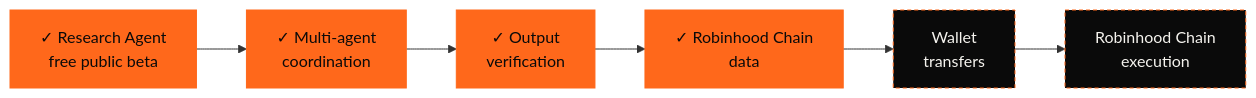
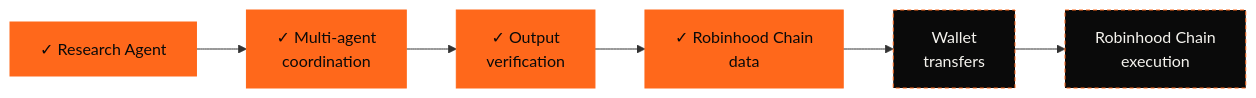
Before and after one commit to SyncronixLabs/SyncronixLabs: the third of 3 diagrams in README.md, drawn with Mermaid. The commit also changed other lines of this file, not shown here.

First line of the commit message:
Remove public beta labels and references

````diff
--- a/README.md
+++ b/README.md
@@ -203,6 +203,6 @@
 ```mermaid
 flowchart LR
-    A["✓ Research Agent<br/>free public beta"]:::live --> B["✓ Multi-agent<br/>coordination"]:::live --> C["✓ Output<br/>verification"]:::live --> F["✓ Robinhood Chain<br/>data"]:::live --> W["Wallet<br/>transfers"]:::next --> D["Robinhood Chain<br/>execution"]:::next
+    A["✓ Research Agent"]:::live --> B["✓ Multi-agent<br/>coordination"]:::live --> C["✓ Output<br/>verification"]:::live --> F["✓ Robinhood Chain<br/>data"]:::live --> W["Wallet<br/>transfers"]:::next --> D["Robinhood Chain<br/>execution"]:::next
     classDef live fill:#FF681B,stroke:#FF681B,color:#0A0A0A
     classDef next fill:#0A0A0A,stroke:#FF681B,color:#F5F3EE,stroke-dasharray:4 3
 ```
````
